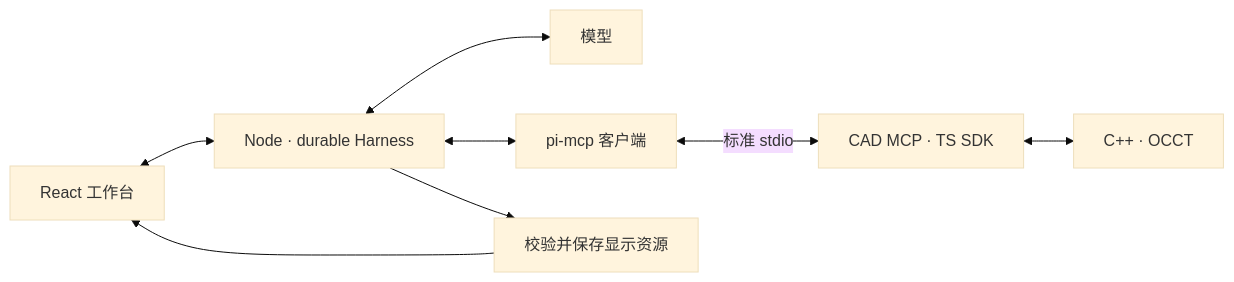
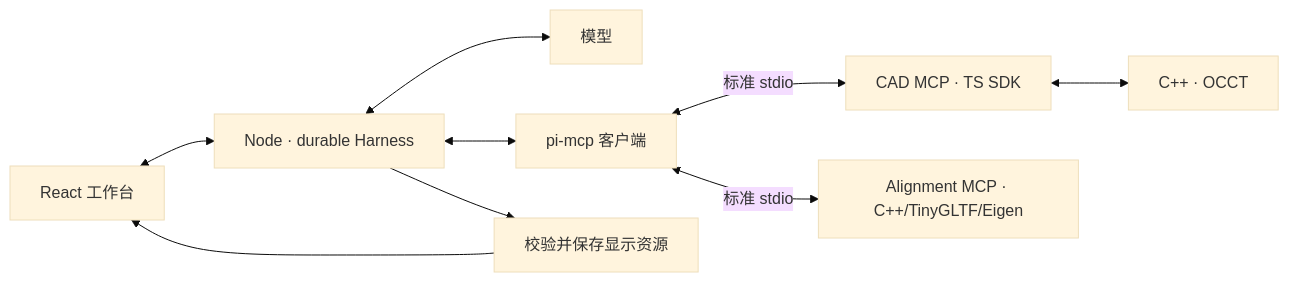
Before and after one commit to DaiDai-106/daidai-studio: the diagram in README.md, drawn with Mermaid (base theme). The commit also changed other lines of this file and 127 other files, not shown here.

````diff
--- a/README.md
+++ b/README.md
@@ -106,10 +111,11 @@
 ```mermaid
 flowchart LR
   UI[React 工作台] <--> H[Node · durable Harness]
   H <--> LLM[模型]
   H <--> MCP[pi-mcp 客户端]
   MCP <-->|标准 stdio| CAD[CAD MCP · TS SDK]
   CAD <--> OCCT[C++ · OCCT]
+  MCP <-->|标准 stdio| ALIGN[Alignment MCP · C++/TinyGLTF/Eigen]
   H --> SAVE[校验并保存显示资源]
   SAVE --> UI
 ```
````
